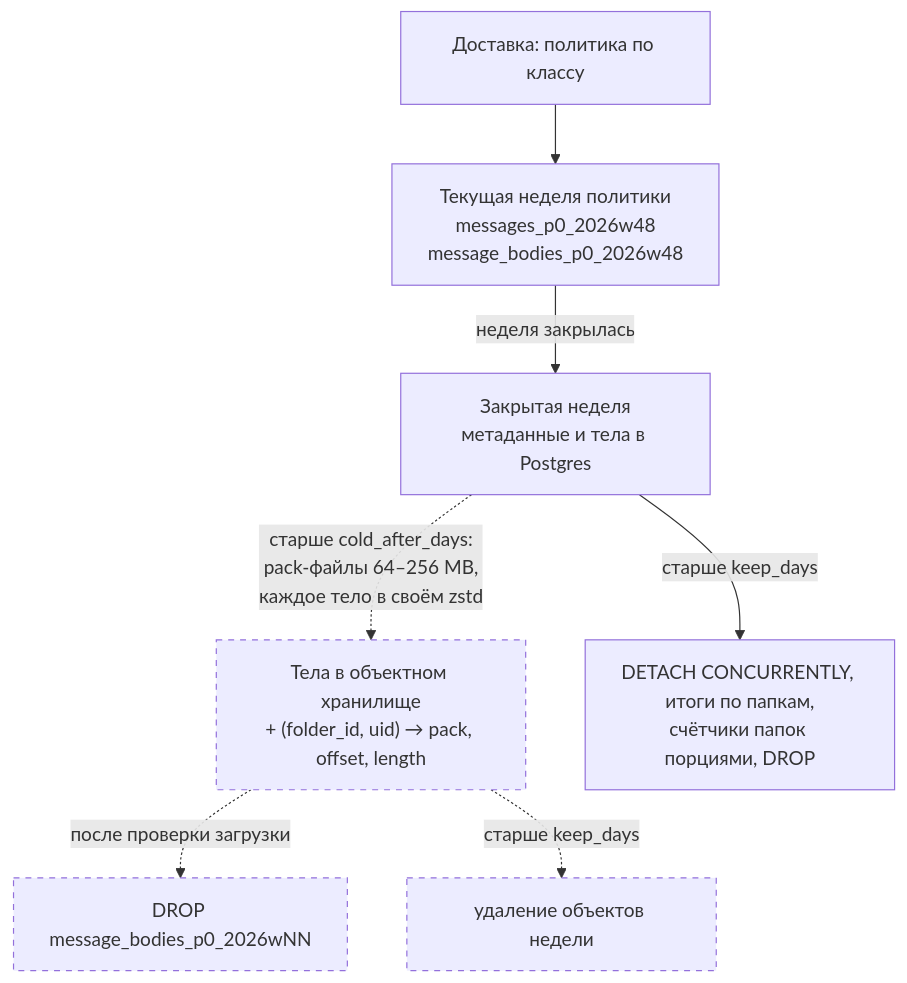
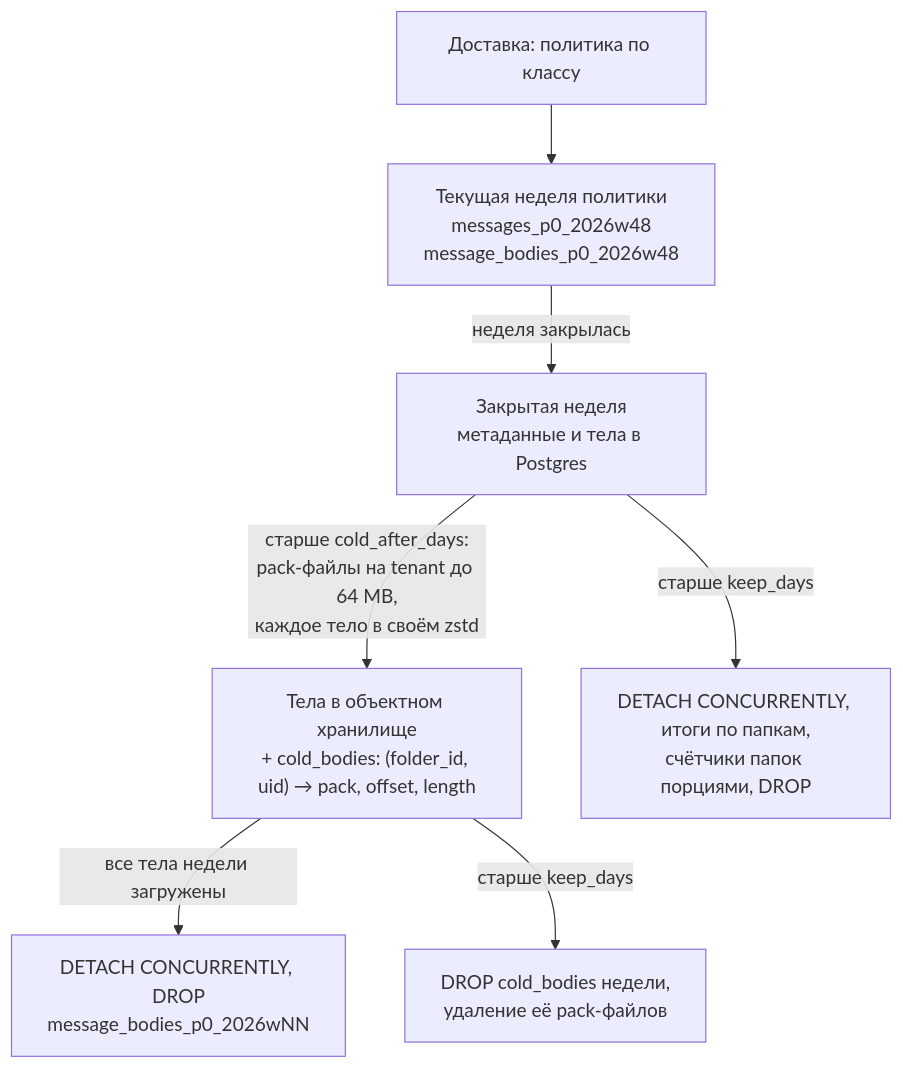
One commit to ichi404gh/mailstore changed the seventh of 8 diagrams in docs/architecture.md. Above: the diagram before and after it, drawn with Mermaid. The commit also changed other lines of this file and 22 other files, not shown here.

First line of the commit message:
Cold tier: old weeks' bodies in an S3-compatible object store

````diff
--- a/docs/architecture.md
+++ b/docs/architecture.md
@@ -369,11 +369,11 @@
 ```mermaid
 flowchart TB
   new["Доставка: политика по классу"] --> hot["Текущая неделя политики<br/>messages_p0_2026w48<br/>message_bodies_p0_2026w48"]
   hot -->|"неделя закрылась"| closed["Закрытая неделя<br/>метаданные и тела в Postgres"]
-  closed -.->|"старше cold_after_days:<br/>pack-файлы 64–256 MB,<br/>каждое тело в своём zstd"| cold["Тела в объектном хранилище<br/>+ (folder_id, uid) → pack, offset, length"]:::planned
-  cold -.->|"после проверки загрузки"| dropb["DROP message_bodies_p0_2026wNN"]:::planned
+  closed -->|"старше cold_after_days:<br/>pack-файлы на tenant до 64 MB,<br/>каждое тело в своём zstd"| cold["Тела в объектном хранилище<br/>+ cold_bodies: (folder_id, uid) → pack, offset, length"]
+  cold -->|"все тела недели загружены"| dropb["DETACH CONCURRENTLY, DROP<br/>message_bodies_p0_2026wNN"]
   closed -->|"старше keep_days"| drop["DETACH CONCURRENTLY, итоги по папкам,<br/>счётчики папок порциями, DROP"]
-  cold -.->|"старше keep_days"| dropo["удаление объектов недели"]:::planned
+  cold -->|"старше keep_days"| dropo["DROP cold_bodies недели,<br/>удаление её pack-файлов"]
 
   classDef planned stroke-dasharray: 5 5
 ```
````
